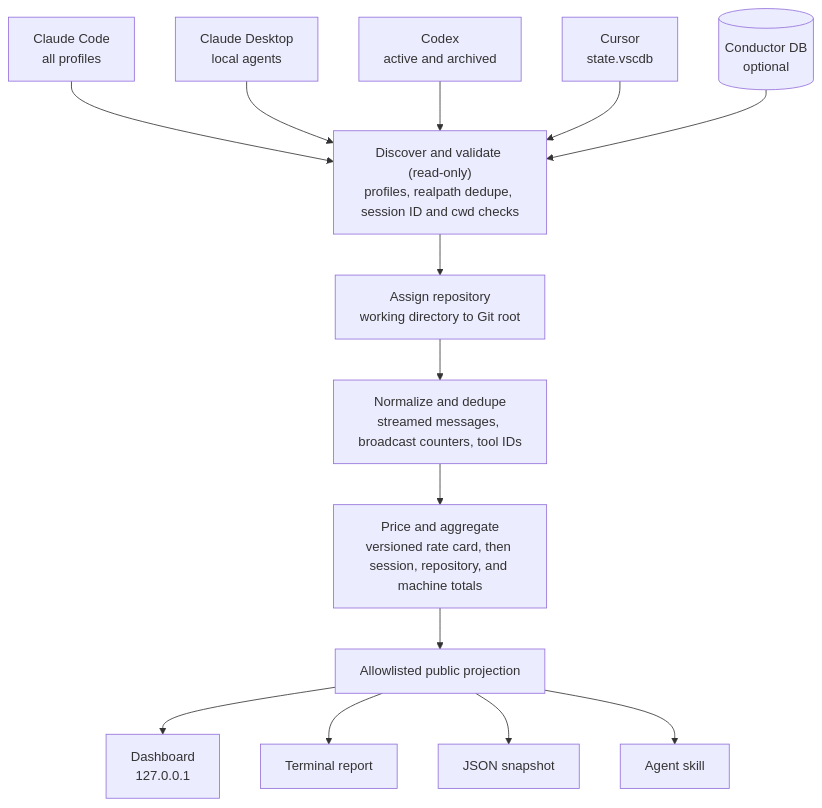
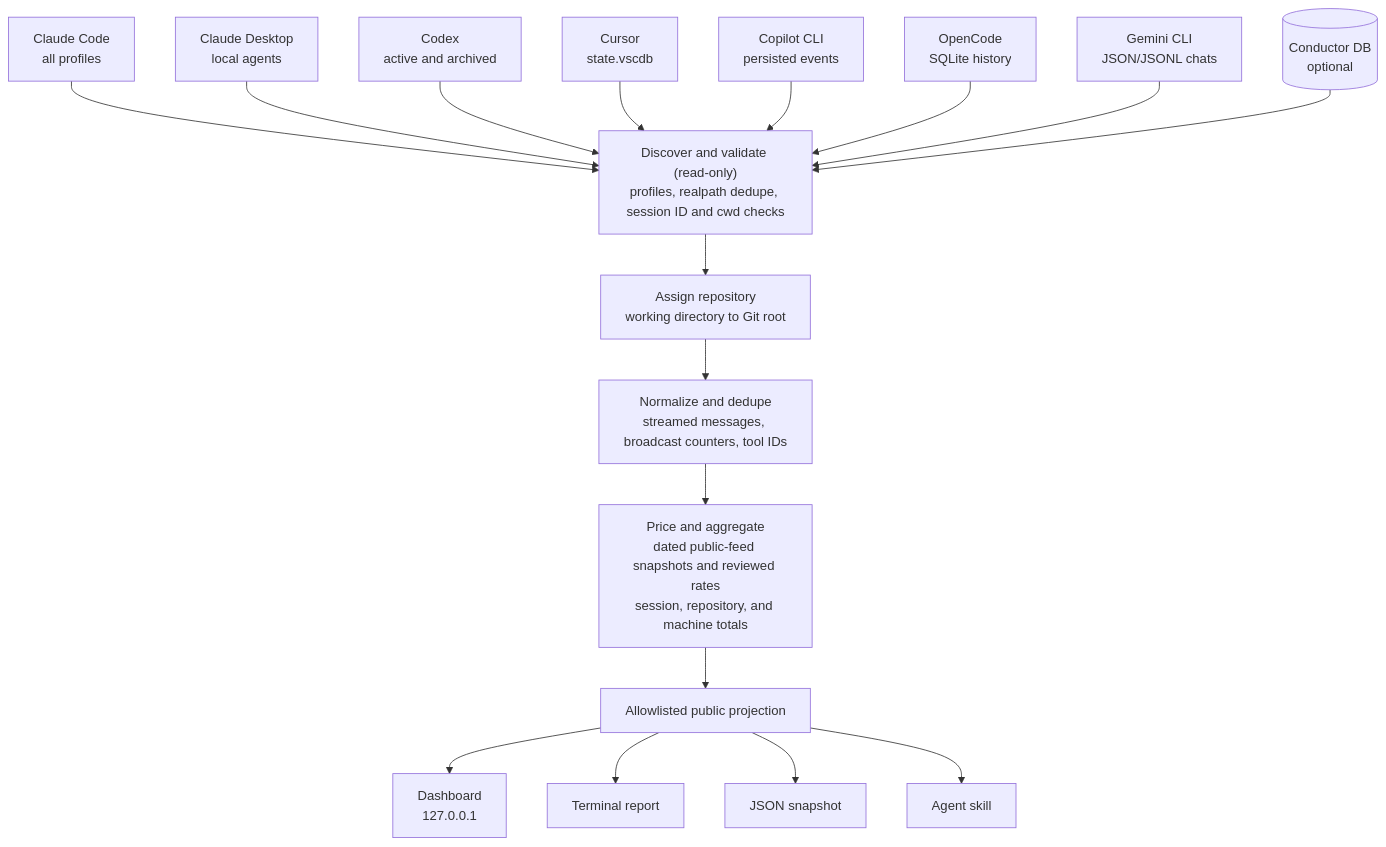
The diagram in README.md (rokas-tarasevicius/session-analytics), drawn with Mermaid before and after one commit. The commit also changed other lines of this file and 20 other files, not shown here.

````diff
--- a/README.md
+++ b/README.md
@@ -284,18 +278,21 @@
 ```mermaid
 flowchart TB
   claude["Claude Code<br/>all profiles"]
   desktop["Claude Desktop<br/>local agents"]
   codex["Codex<br/>active and archived"]
   cursor["Cursor<br/>state.vscdb"]
+  copilot["Copilot CLI<br/>persisted events"]
+  opencode["OpenCode<br/>SQLite history"]
+  gemini["Gemini CLI<br/>JSON/JSONL chats"]
   conductor[("Conductor DB<br/>optional")]
   discover["Discover and validate (read-only)<br/>profiles, realpath dedupe, session ID and cwd checks"]
-  claude & desktop & codex & cursor & conductor --> discover
+  claude & desktop & codex & cursor & copilot & opencode & gemini & conductor --> discover
   discover --> assign["Assign repository<br/>working directory to Git root"]
   assign --> normalize["Normalize and dedupe<br/>streamed messages, broadcast counters, tool IDs"]
-  normalize --> price["Price and aggregate<br/>versioned rate card, then session, repository, and machine totals"]
+  normalize --> price["Price and aggregate<br/>dated public-feed snapshots and reviewed rates<br/>session, repository, and machine totals"]
   price --> project["Allowlisted public projection"]
   project --> dashboard["Dashboard<br/>127.0.0.1"]
   project --> report["Terminal report"]
   project --> json["JSON snapshot"]
   project --> skill["Agent skill"]
 ```
````
